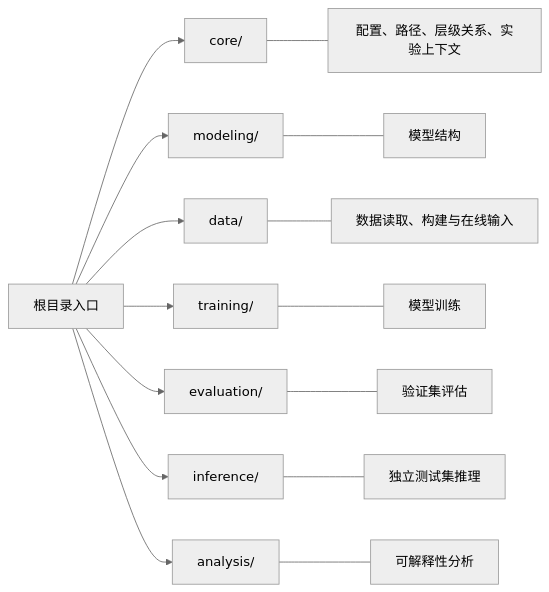
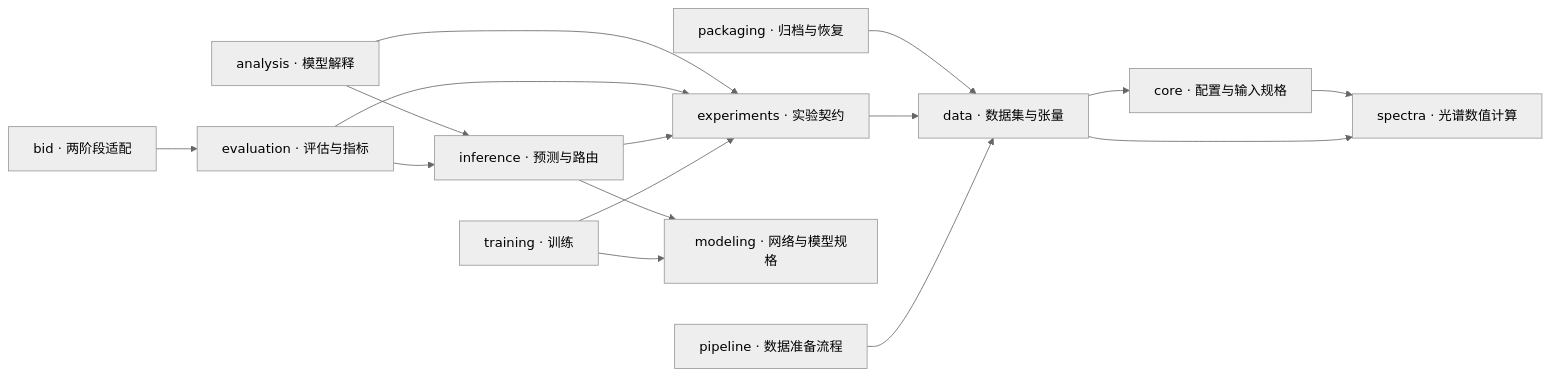
The second of 2 diagrams in ramanv2/项目说明.md (YaoHui-Wu06022/Bacterial-Raman-Spectroscopy-Classification), drawn with Mermaid (neutral theme) before and after one commit. The commit also changed other lines of this file and 95 other files, not shown here.

````diff
--- a/ramanv2/项目说明.md
+++ b/ramanv2/项目说明.md
@@ -111,20 +94,18 @@
 ```mermaid
 flowchart LR
-    ROOT["根目录入口"]
-
-    ROOT --> CORE["core/"]
-    ROOT --> MODELING["modeling/"]
-    ROOT --> DATA["data/"]
-    ROOT --> TRAINING["training/"]
-    ROOT --> EVAL["evaluation/"]
-    ROOT --> INFER["inference/"]
-    ROOT --> ANALYSIS["analysis/"]
-
-    CORE --- CORE_DESC["配置、路径、层级关系、实验上下文"]
-    MODELING --- MODELING_DESC["模型结构"]
-    DATA --- DATA_DESC["数据读取、构建与在线输入"]
-    TRAINING --- TRAINING_DESC["模型训练"]
-    EVAL --- EVAL_DESC["验证集评估"]
-    INFER --- INFER_DESC["独立测试集推理"]
-    ANALYSIS --- ANALYSIS_DESC["可解释性分析"]
+    PIPELINE["pipeline · 数据准备流程"] --> DATA["data · 数据集与张量"]
+    DATA --> SPECTRA["spectra · 光谱数值计算"]
+    DATA --> CORE["core · 配置与输入规格"]
+    CORE --> SPECTRA
+    EXP["experiments · 实验契约"] --> DATA
+    TRAIN["training · 训练"] --> EXP
+    TRAIN --> MODEL["modeling · 网络与模型规格"]
+    INFER["inference · 预测与路由"] --> MODEL
+    INFER --> EXP
+    EVAL["evaluation · 评估与指标"] --> INFER
+    EVAL --> EXP
+    ANALYSIS["analysis · 模型解释"] --> INFER
+    ANALYSIS --> EXP
+    BID["bid · 两阶段适配"] --> EVAL
+    PACKAGING["packaging · 归档与恢复"] --> DATA
 ```
````
